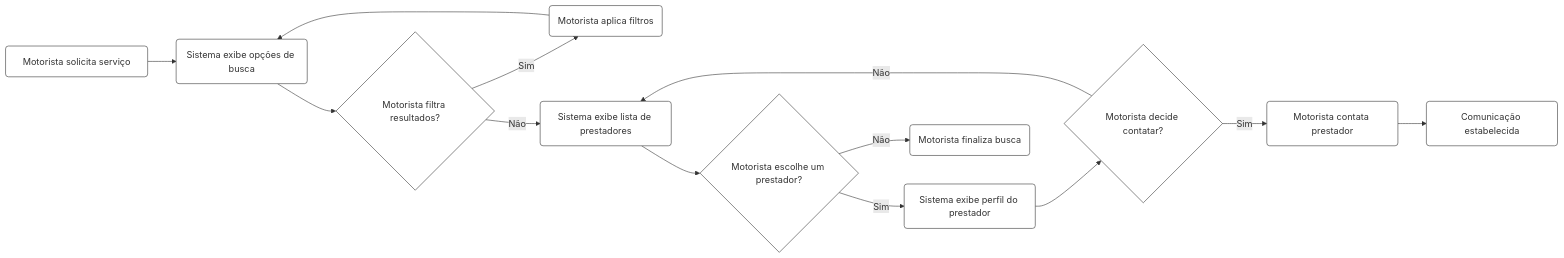
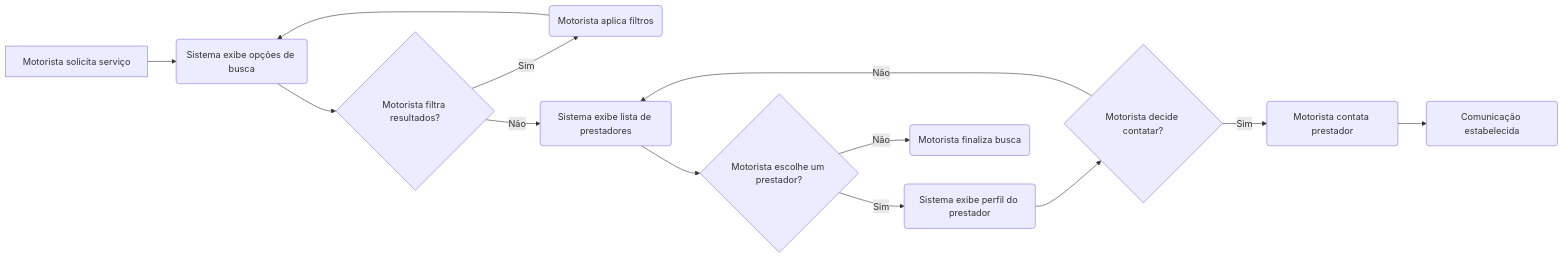
Before and after one commit to z0mer/PJ.PSC: the second of 10 diagrams in Modelagem.md, drawn with Mermaid.

````diff
--- a/Modelagem.md
+++ b/Modelagem.md
@@ -24,18 +24,16 @@
 ```mermaid
 graph LR
     A[Motorista solicita serviço] --> B(Sistema exibe opções de busca)
     B --> C{Motorista filtra resultados?}
     C -- Sim --> D(Motorista aplica filtros)
     D --> B
     C -- Não --> E(Sistema exibe lista de prestadores)
     E --> F{Motorista escolhe um prestador?}
     F -- Sim --> G(Sistema exibe perfil do prestador)
     G --> H{Motorista decide contatar?}
     H -- Sim --> I(Motorista contata prestador)
     H -- Não --> E
     F -- Não --> J(Motorista finaliza busca)
     I --> K(Comunicação estabelecida)
 
-    classDef default stroke:#333,fill:#fff,rx:5px,ry:5px
-    classDef decision stroke:#333,fill:#fff,rx:40px,ry:40px
 ```
````
